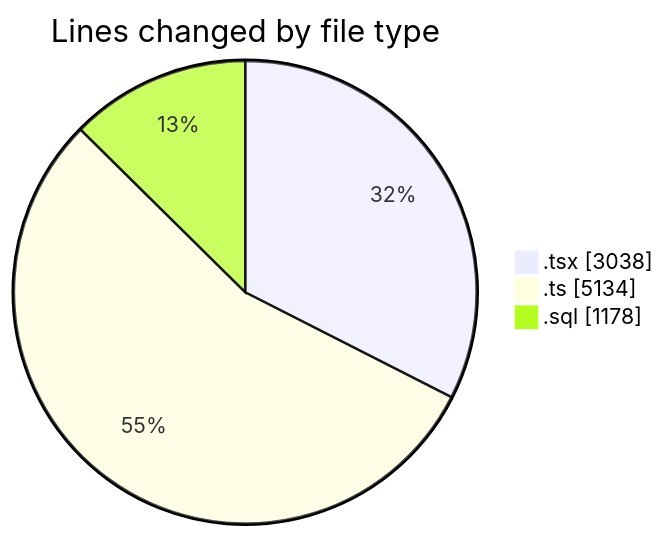
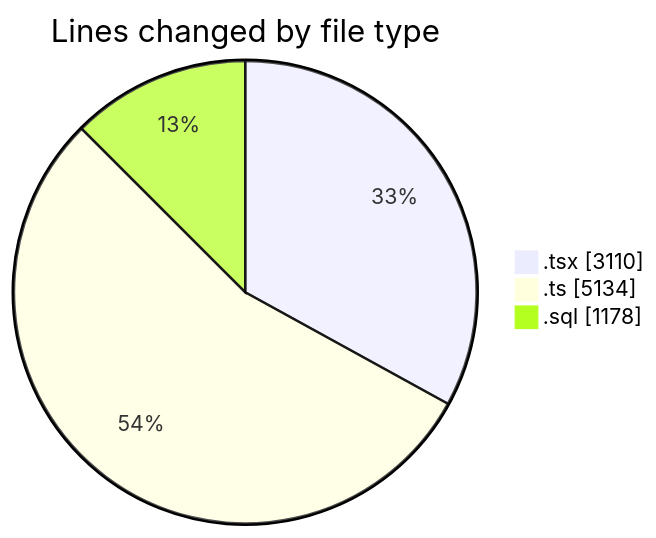
One commit to lephambinh05/code-tracking changed the first of 2 diagrams in 2025-09-05/hiai-phf/README.md. Above: the diagram before and after it, drawn with Mermaid. The commit also changed other lines of this file and 1 other file, not shown here.

````diff
--- a/2025-09-05/hiai-phf/README.md
+++ b/2025-09-05/hiai-phf/README.md
@@ -75,7 +77,7 @@
 ```mermaid
 pie showData
 title Lines changed by file type
-".tsx" : 3038
+".tsx" : 3110
 ".ts" : 5134
 ".sql" : 1178
 ```
````
